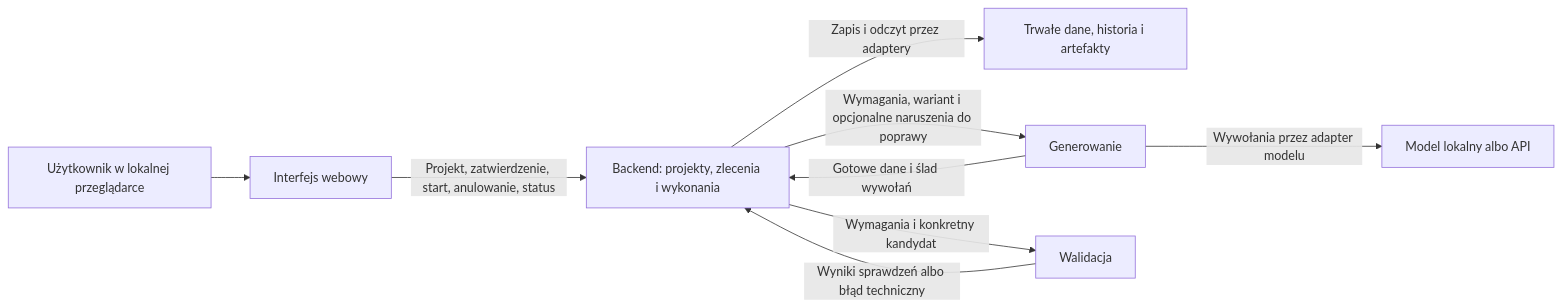
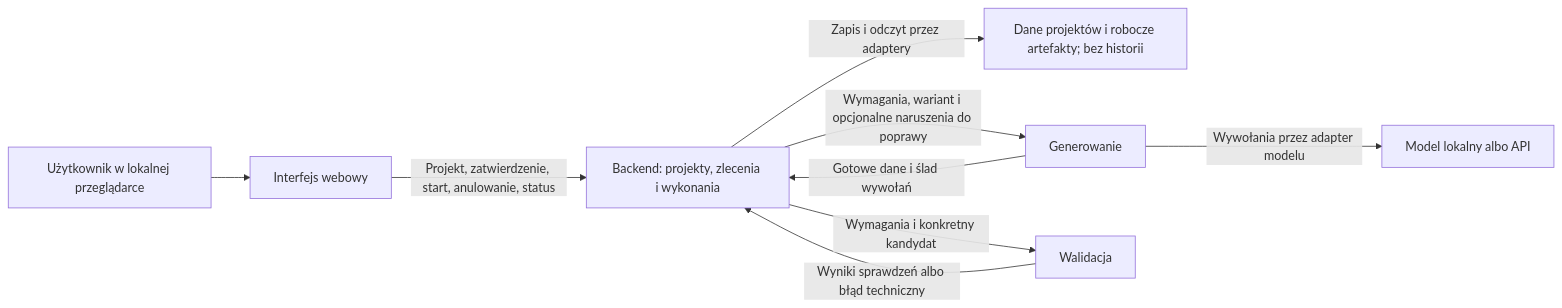
One commit to jwieczor03/mgr-llm-data-generator changed the first of 2 diagrams in docs/architektura.md. Above: the diagram before and after it, drawn with Mermaid. The commit also changed other lines of this file and 14 other files, not shown here.

````diff
--- a/docs/architektura.md
+++ b/docs/architektura.md
@@ -32,11 +32,11 @@
 ```mermaid
 flowchart LR
     U["Użytkownik w lokalnej przeglądarce"] --> UI["Interfejs webowy"]
     UI -->|"Projekt, zatwierdzenie, start, anulowanie, status"| B["Backend: projekty, zlecenia i wykonania"]
-    B -->|"Zapis i odczyt przez adaptery"| S["Trwałe dane, historia i artefakty"]
+    B -->|"Zapis i odczyt przez adaptery"| S["Dane projektów i robocze artefakty; bez historii"]
     B -->|"Wymagania, wariant i opcjonalne naruszenia do poprawy"| G["Generowanie"]
     G -->|"Wywołania przez adapter modelu"| M["Model lokalny albo API"]
     G -->|"Gotowe dane i ślad wywołań"| B
     B -->|"Wymagania i konkretny kandydat"| V["Walidacja"]
     V -->|"Wyniki sprawdzeń albo błąd techniczny"| B
 ```
````
